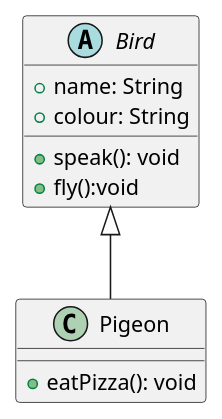
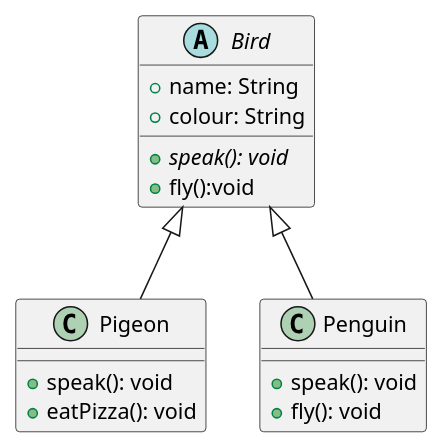
Before and after one commit to abinormal/introduction-to-oop-project: the diagram in .idea/Bird.puml, drawn with PlantUML.

Commit message:
Added Penguin model to UML diagram. Penguin 'is a' Bird. Also corrected the abstract method speak() italics in Bird and added the Pigeon class speak() method.

```diff
--- a/.idea/Bird.puml
+++ b/.idea/Bird.puml
@@ -1,19 +1,26 @@
 @startuml
 'https://plantuml.com/class-diagram
 
 
 abstract class Bird {
     + name: String
     + colour: String
 
-    +speak(): void
+    {abstract} +speak(): void
     +fly():void
 }
 
 class Pigeon {
+    +speak(): void
     +eatPizza(): void
 }
 
+class Penguin {
+    +speak(): void
+    +fly(): void
+}
+
 Bird <|-- Pigeon
+Bird <|-- Penguin
 
 @enduml
```
